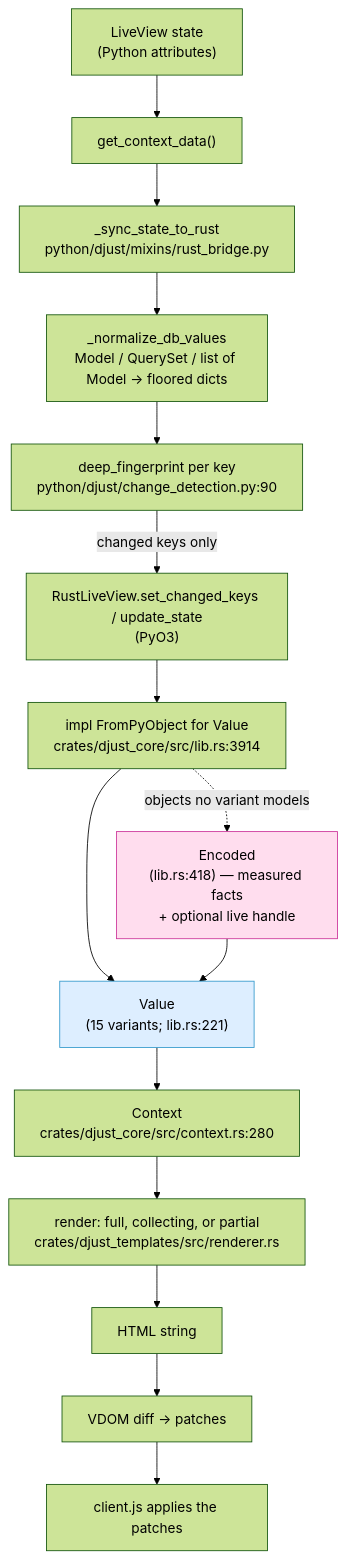
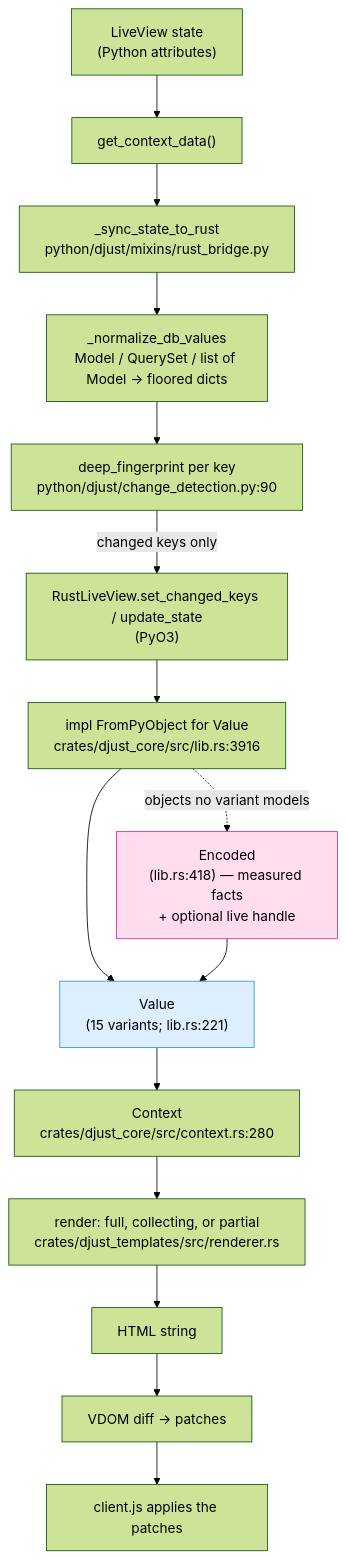
Before and after one commit to djust-org/djust: the first of 4 diagrams in docs/architecture/VALUE_BOUNDARY.md, drawn with Mermaid (forest theme). The commit also changed other lines of this file and 1 other file, not shown here.

````diff
--- a/docs/architecture/VALUE_BOUNDARY.md
+++ b/docs/architecture/VALUE_BOUNDARY.md
@@ -33,22 +36,22 @@
 ```mermaid
 flowchart TD
     A["LiveView state<br/>(Python attributes)"] --> B["get_context_data()"]
     B --> C["_sync_state_to_rust<br/>python/djust/mixins/rust_bridge.py"]
     C --> C1["_normalize_db_values<br/>Model / QuerySet / list of Model -> floored dicts"]
     C1 --> C2["deep_fingerprint per key<br/>python/djust/change_detection.py:90"]
     C2 -->|"changed keys only"| D["RustLiveView.set_changed_keys / update_state<br/>(PyO3)"]
 
-    D --> E["impl FromPyObject for Value<br/>crates/djust_core/src/lib.rs:3914"]
+    D --> E["impl FromPyObject for Value<br/>crates/djust_core/src/lib.rs:3916"]
     E --> F["Value<br/>(15 variants; lib.rs:221)"]
     E -.->|"objects no variant models"| G["Encoded<br/>(lib.rs:418) — measured facts<br/>+ optional live handle"]
     G --> F
 
     F --> H["Context<br/>crates/djust_core/src/context.rs:280"]
     H --> I["render: full, collecting, or partial<br/>crates/djust_templates/src/renderer.rs"]
     I --> J["HTML string"]
     J --> K["VDOM diff -> patches"]
     K --> L["client.js applies the patches"]
 
     style G fill:#fde,stroke:#c39
     style F fill:#def,stroke:#39c
 ```
````
